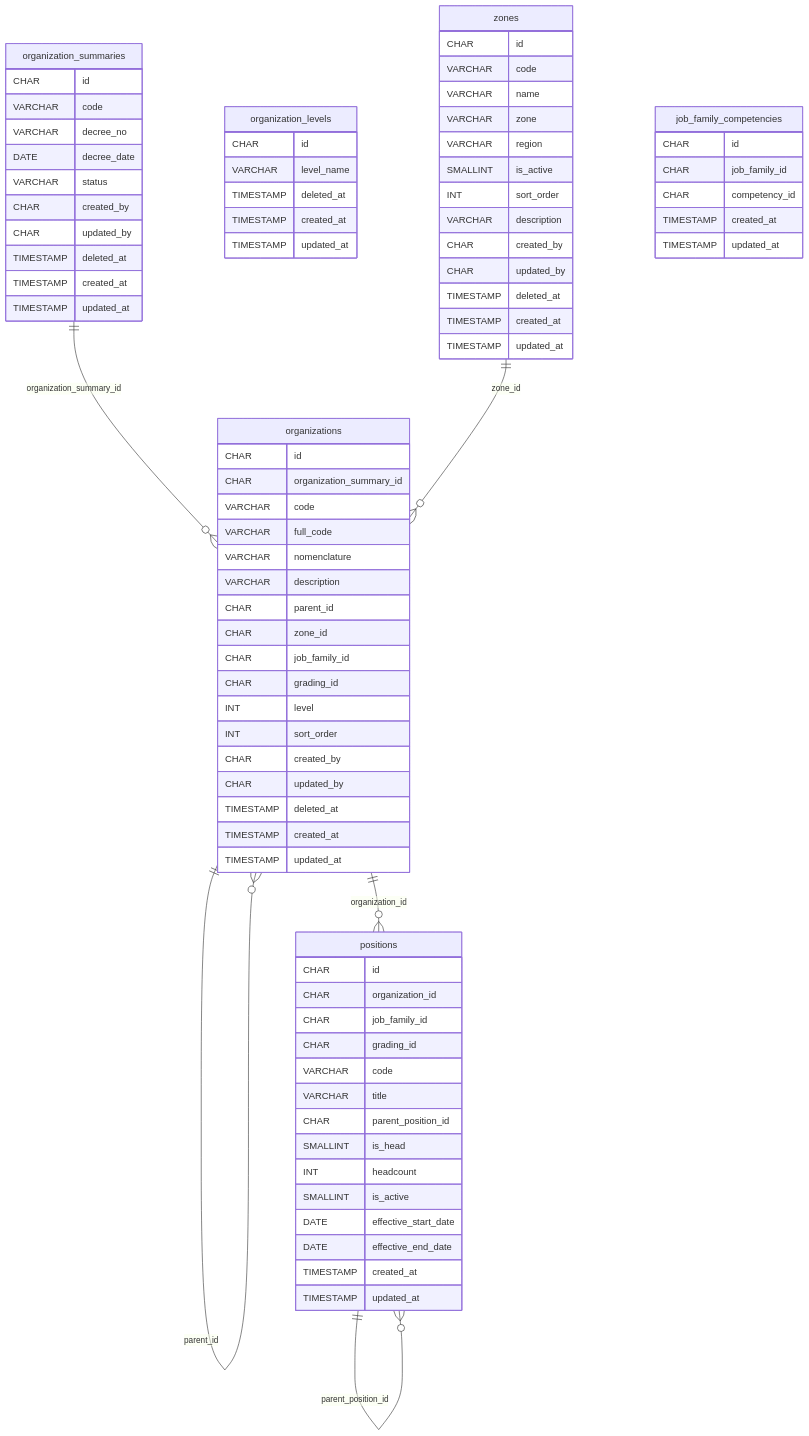
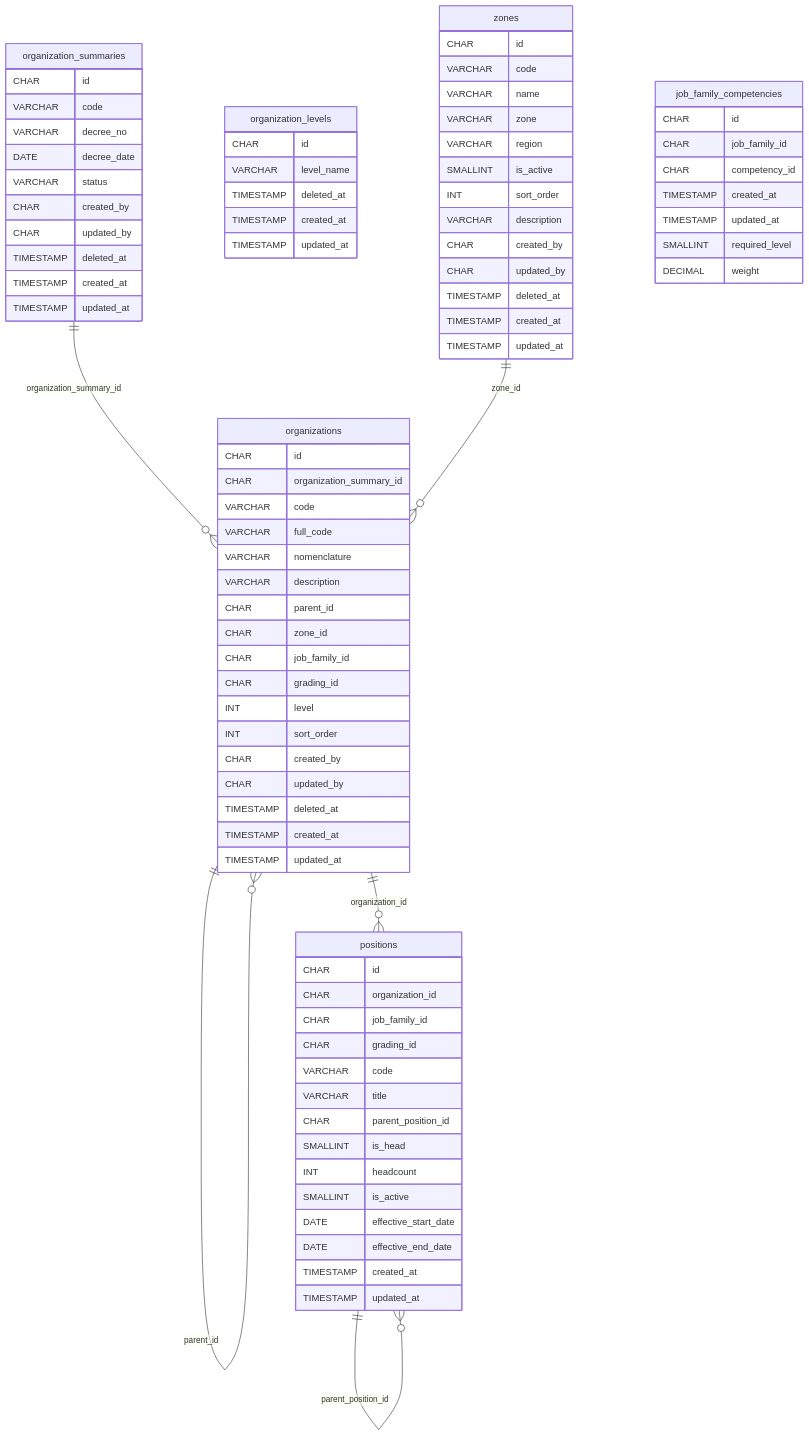
The third of 21 diagrams in docs/database-schema.md (Inthros-Jagotama/inthros-hris-platform), drawn with Mermaid before and after one commit. The commit also changed other lines of this file and 1 other file, not shown here.

First line of the commit message:
docs(db): sinkronkan database-schema.md dengan 250 tabel migrasi (20 modul)

```diff
--- a/docs/database-schema.md
+++ b/docs/database-schema.md
@@ -601,6 +612,8 @@
         CHAR competency_id
         TIMESTAMP created_at
         TIMESTAMP updated_at
+        SMALLINT required_level
+        DECIMAL weight
     }
     organization_summaries ||--o{ organizations : "organization_summary_id"
     organizations ||--o{ organizations : "parent_id"
```
